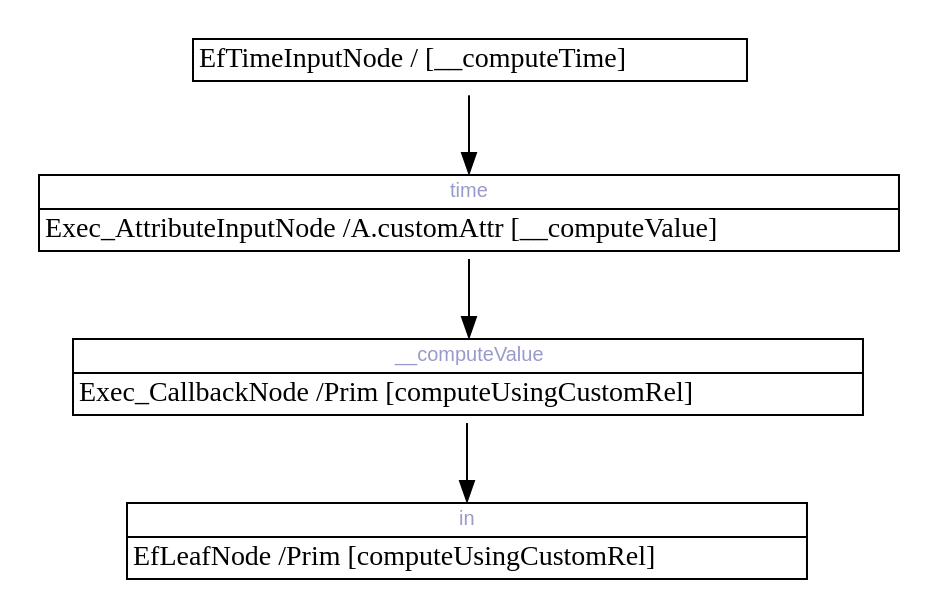
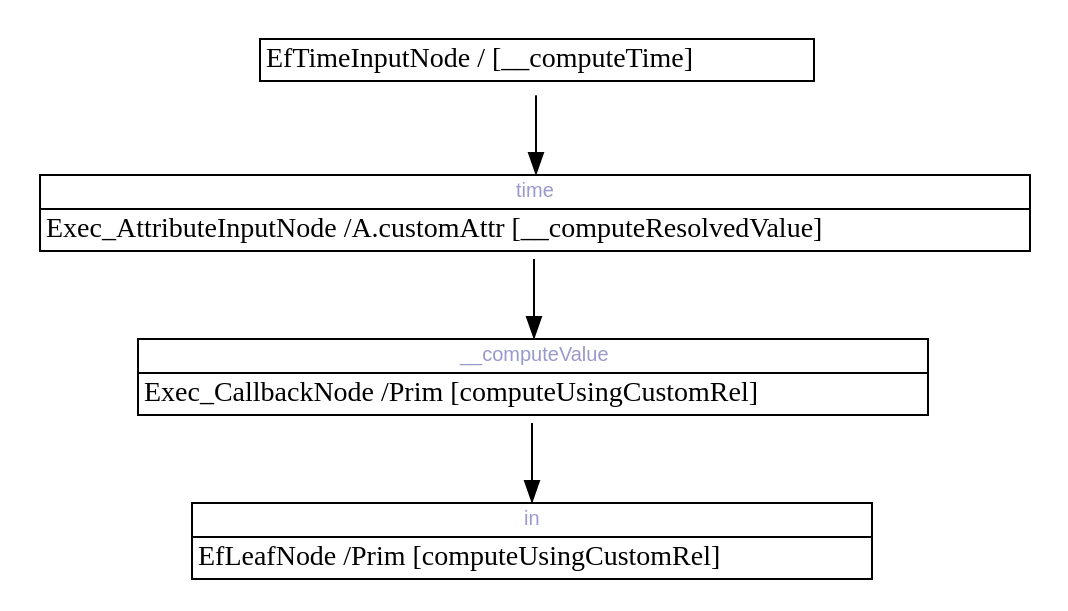
Before and after one commit to cpichard/USD: the diagram in pxr/exec/execUsd/testenv/testExecUsdRecompilation/baseline/TestRecompileChangedRelationshipTargets-2.dot, drawn with Graphviz. The commit also changed 45 other files, not shown here.

First line of the commit message:
OpenExec: Introduce attribute expressions

```diff
--- a/pxr/exec/execUsd/testenv/testExecUsdRecompilation/baseline/TestRecompileChangedRelationshipTargets-2.dot
+++ b/pxr/exec/execUsd/testenv/testExecUsdRecompilation/baseline/TestRecompileChangedRelationshipTargets-2.dot
@@ -1,31 +1,31 @@
 digraph network {
 	rankdir=TB;
 	page="8.5, 11";
 
 	node [shape=plaintext];
 		"0x7f831d8d2d70" [label=<
 		<TABLE BORDER="0" CELLBORDER="1" CELLSPACING="0">
 			<TR><TD COLSPAN="1"> EfTimeInputNode / [__computeTime] </TD></TR>
 		</TABLE>>];
 	node [shape=plaintext];
 		"0x7f8320a09460" [label=<
 		<TABLE BORDER="0" CELLBORDER="1" CELLSPACING="0">
 			<TR><TD PORT="0x7f8320b1f4e0" COLSPAN="1"><FONT POINT-SIZE="10" FACE="Arial" COLOR="#9999cc">__computeValue</FONT></TD></TR>
 			<TR><TD COLSPAN="1"> Exec_CallbackNode /Prim [computeUsingCustomRel] </TD></TR>
 		</TABLE>>];
 	node [shape=plaintext];
 		"0x7f8320a6e030" [label=<
 		<TABLE BORDER="0" CELLBORDER="1" CELLSPACING="0">
 			<TR><TD PORT="0x7f8317461a20" COLSPAN="1"><FONT POINT-SIZE="10" FACE="Arial" COLOR="#9999cc">in</FONT></TD></TR>
 			<TR><TD COLSPAN="1"> EfLeafNode /Prim [computeUsingCustomRel] </TD></TR>
 		</TABLE>>];
 	node [shape=plaintext];
 		"0x7f8321a2a600" [label=<
 		<TABLE BORDER="0" CELLBORDER="1" CELLSPACING="0">
 			<TR><TD PORT="0x7f8321ab63e0" COLSPAN="1"><FONT POINT-SIZE="10" FACE="Arial" COLOR="#9999cc">time</FONT></TD></TR>
-			<TR><TD COLSPAN="1"> Exec_AttributeInputNode /A.customAttr [__computeValue] </TD></TR>
+			<TR><TD COLSPAN="1"> Exec_AttributeInputNode /A.customAttr [__computeResolvedValue] </TD></TR>
 		</TABLE>>];
 		"0x7f8321a2a600" -> "0x7f8320a09460":"0x7f8320b1f4e0":n;
 		"0x7f8320a09460" -> "0x7f8320a6e030":"0x7f8317461a20":n;
 		"0x7f831d8d2d70" -> "0x7f8321a2a600":"0x7f8321ab63e0":n;
 }
```
